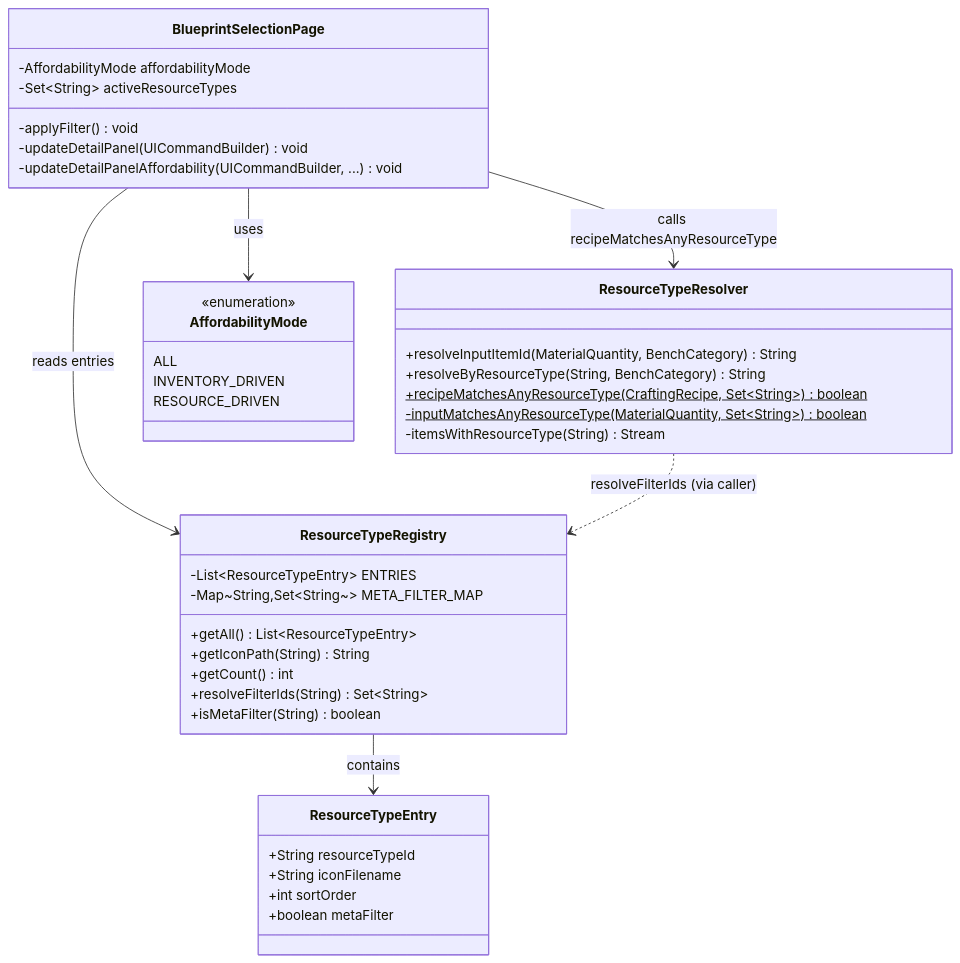
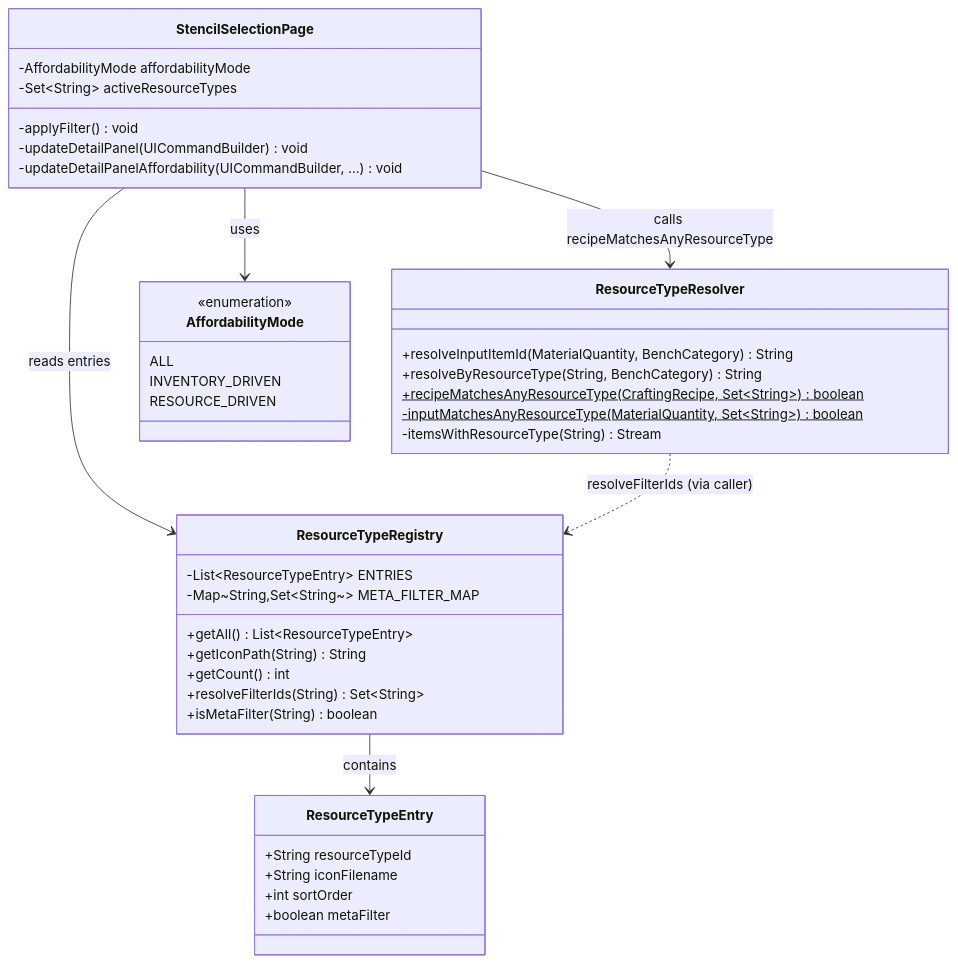
The first of 3 diagrams in docs/design-resource-type-matching-fix.md (TheCodeCreature/Hytale-Example-Plugin), drawn with Mermaid before and after one commit. The commit also changed other lines of this file and 289 other files, not shown here.

````diff
--- a/docs/design-resource-type-matching-fix.md
+++ b/docs/design-resource-type-matching-fix.md
@@ -16,43 +16,43 @@
 ```mermaid
 classDiagram
     class ResourceTypeRegistry {
         -List~ResourceTypeEntry~ ENTRIES
         -Map~String,Set~String~~ META_FILTER_MAP
         +getAll() List~ResourceTypeEntry~
         +getIconPath(String) String
         +getCount() int
         +resolveFilterIds(String) Set~String~
         +isMetaFilter(String) boolean
     }
     class ResourceTypeEntry {
         +String resourceTypeId
         +String iconFilename
         +int sortOrder
         +boolean metaFilter
     }
     class ResourceTypeResolver {
         +resolveInputItemId(MaterialQuantity, BenchCategory) String
         +resolveByResourceType(String, BenchCategory) String
         +recipeMatchesAnyResourceType(CraftingRecipe, Set~String~) boolean$
         -inputMatchesAnyResourceType(MaterialQuantity, Set~String~) boolean$
         -itemsWithResourceType(String) Stream
     }
-    class BlueprintSelectionPage {
+    class StencilSelectionPage {
         -AffordabilityMode affordabilityMode
         -Set~String~ activeResourceTypes
         -applyFilter() void
         -updateDetailPanel(UICommandBuilder) void
         -updateDetailPanelAffordability(UICommandBuilder, ...) void
     }
     class AffordabilityMode {
         <<enumeration>>
         ALL
         INVENTORY_DRIVEN
         RESOURCE_DRIVEN
     }
     ResourceTypeRegistry --> ResourceTypeEntry : contains
-    BlueprintSelectionPage --> ResourceTypeRegistry : reads entries
-    BlueprintSelectionPage --> ResourceTypeResolver : calls recipeMatchesAnyResourceType
-    BlueprintSelectionPage --> AffordabilityMode : uses
+    StencilSelectionPage --> ResourceTypeRegistry : reads entries
+    StencilSelectionPage --> ResourceTypeResolver : calls recipeMatchesAnyResourceType
+    StencilSelectionPage --> AffordabilityMode : uses
     ResourceTypeResolver ..> ResourceTypeRegistry : resolveFilterIds (via caller)
 ```
````
